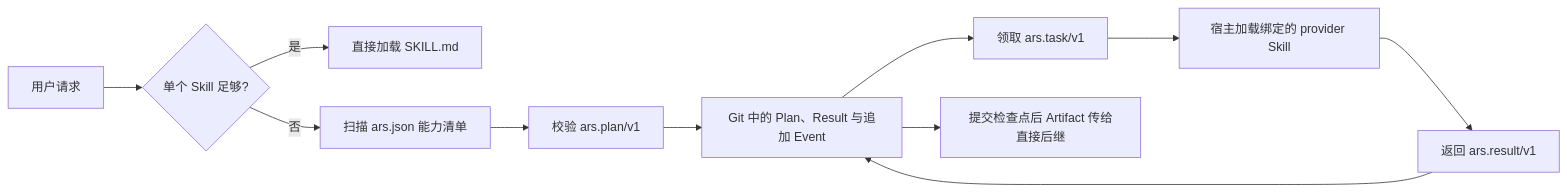
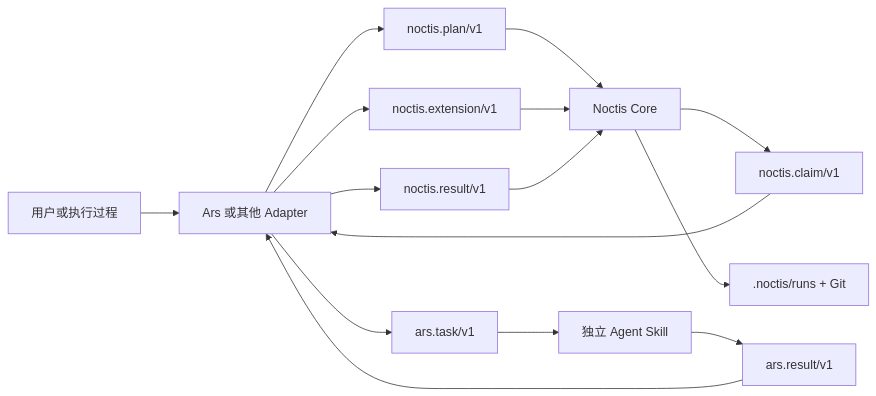
The diagram in README.md (YozoraTempest/Ars-Noctis), drawn with Mermaid before and after one commit. The commit also changed other lines of this file and 25 other files, not shown here.

Commit message:
refactor(noctis): 解耦核心与 Ars 适配器

````diff
--- a/README.md
+++ b/README.md
@@ -7,13 +12,17 @@
 ```mermaid
 flowchart LR
-    U["用户请求"] --> D{"单个 Skill 足够?"}
-    D -->|是| S["直接加载 SKILL.md"]
-    D -->|否| C["扫描 ars.json 能力清单"]
-    C --> P["校验 ars.plan/v1"]
-    P --> G["Git 中的 Plan、Result 与追加 Event"]
-    G --> T["领取 ars.task/v1"]
-    T --> H["宿主加载绑定的 provider Skill"]
-    H --> R["返回 ars.result/v1"]
-    R --> G
-    G --> A["提交检查点后 Artifact 传给直接后继"]
+    U["用户或执行过程"] --> A["Ars 或其他 Adapter"]
+    A --> P["noctis.plan/v1"]
+    A --> X["noctis.extension/v1"]
+    P --> N["Noctis Core"]
+    X --> N
+    N --> C["noctis.claim/v1"]
+    C --> A
+    A --> T["ars.task/v1"]
+    T --> S["独立 Agent Skill"]
+    S --> R["ars.result/v1"]
+    R --> A
+    A --> O["noctis.result/v1"]
+    O --> N
+    N --> G[".noctis/runs + Git"]
 ```
````
